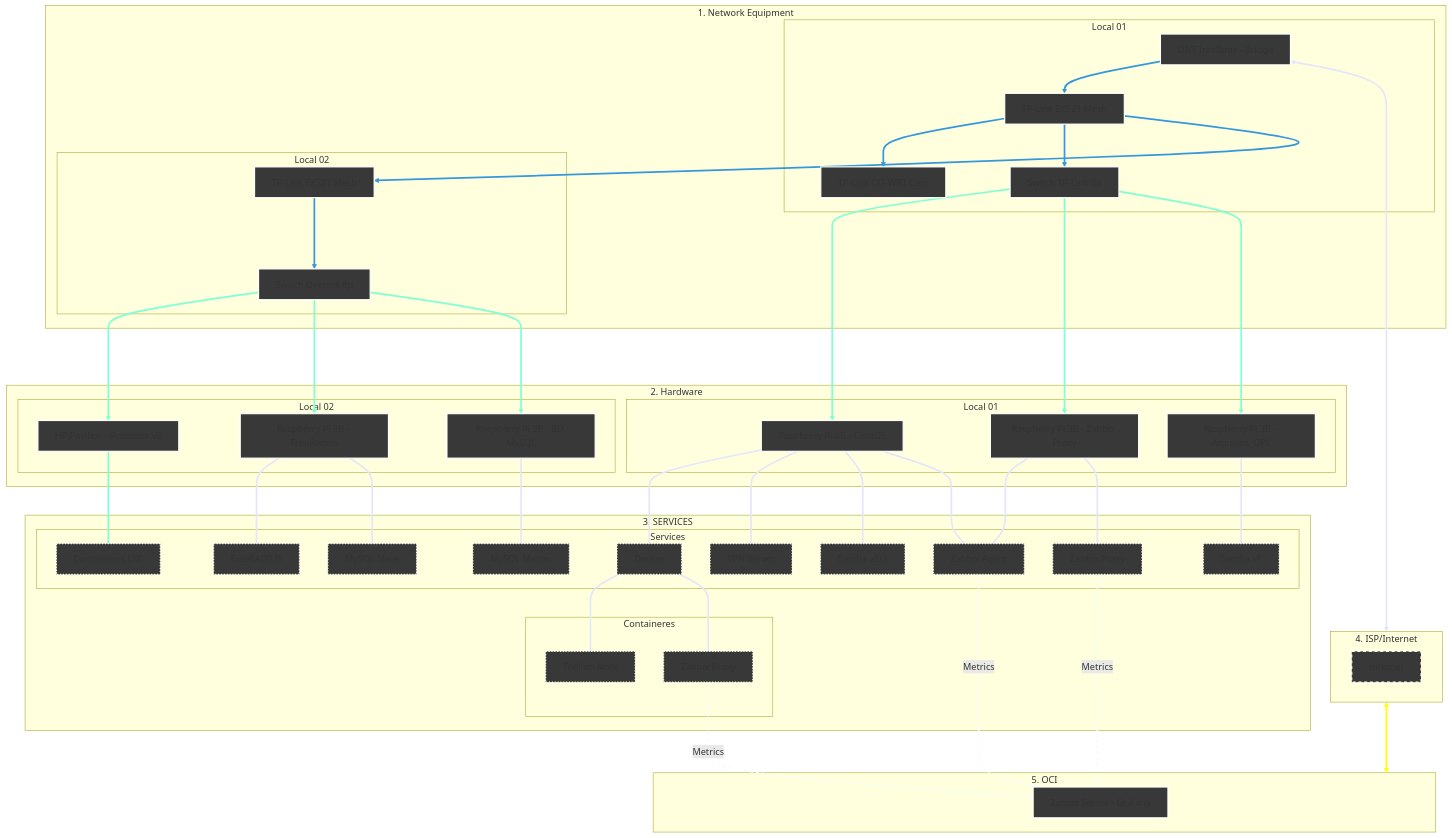
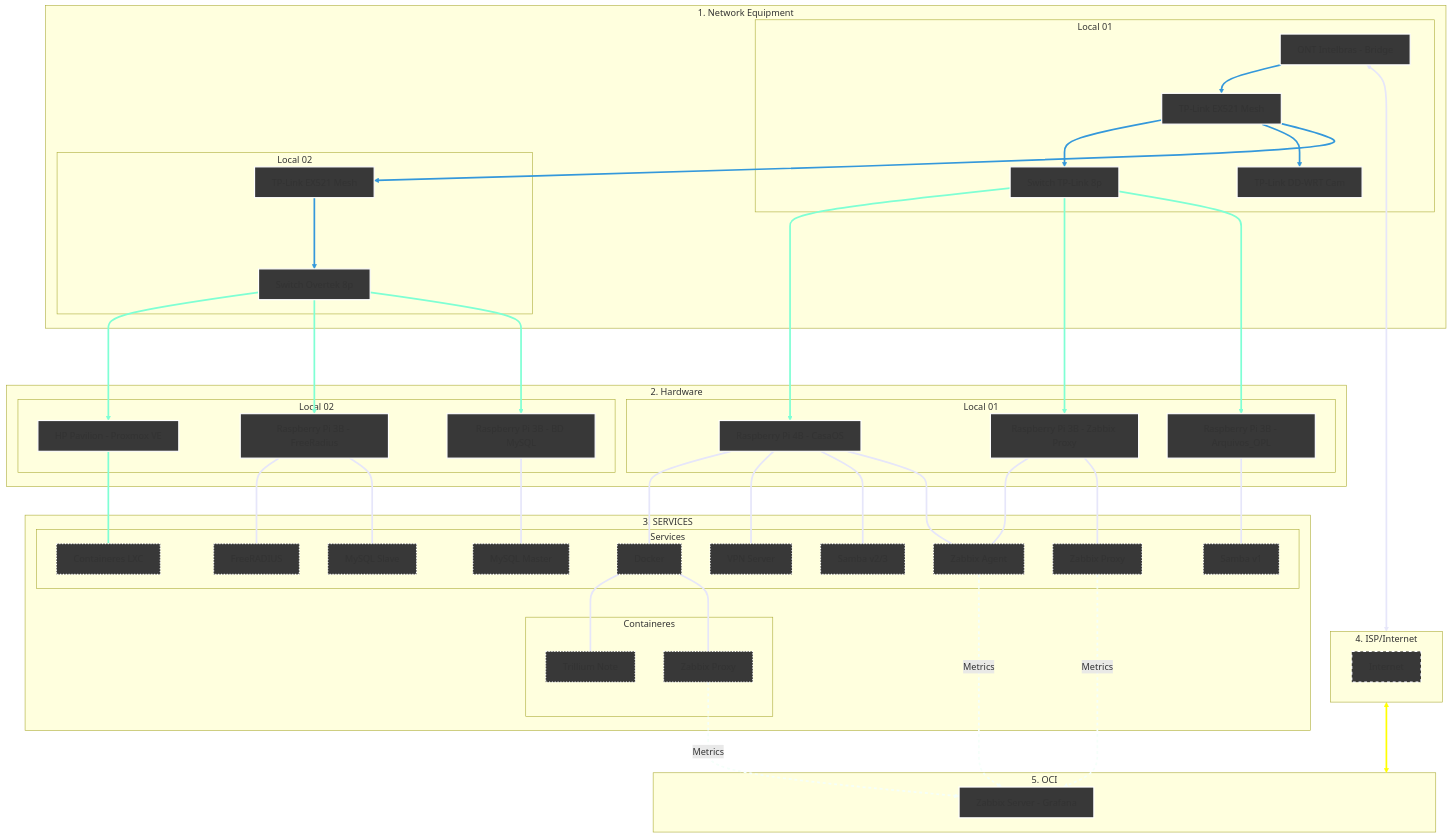
The diagram in Infrastructure/README.md (kevindexter22/Dr-Hardware-Autonet), drawn with Mermaid before and after one commit. The commit also changed other lines of this file, not shown here.

Commit message:
Fix network diagram to include camera connection

```diff
--- a/Infrastructure/README.md
+++ b/Infrastructure/README.md
@@ -23,8 +23,8 @@
     subgraph Principal["1. Network Equipment"]
     subgraph S1 [Local 01]
         ONT[ONT Intelbras - Bridge]:::network --> R_Mesh1[TP-Link EX521 Mesh]:::network
+        R_Mesh1 --> SW1[Switch TP-Link 8p]:::network
         R_Mesh1 --> R_Cams[TP-Link DD-WRT Cam]:::network 
-        R_Mesh1 --> SW1[Switch TP-Link 8p]:::network
     end
     subgraph S2 [Local 02]
         R_Mesh1 --> R_Mesh2[TP-Link EX521 Mesh]:::network
```
